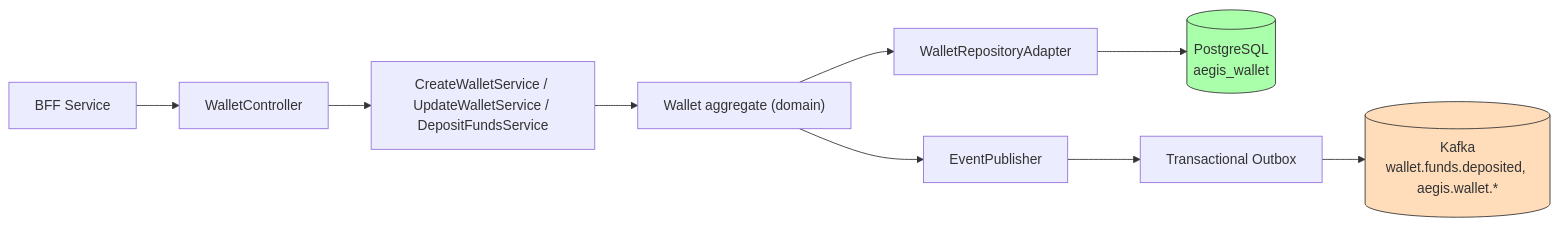
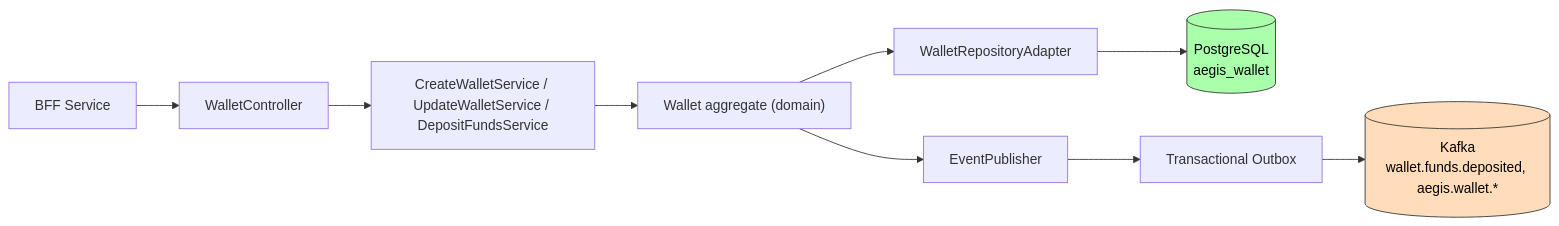
Before and after one commit to AlexAlvarezGallardo-GitHub/Aegis: the diagram in backend/aegis-wallet-service/README.md, drawn with Mermaid. The commit also changed 26 other files, not shown here.

Commit message:
docs(infra): add color to mermaid nodes for dark mode readability

````diff
--- a/backend/aegis-wallet-service/README.md
+++ b/backend/aegis-wallet-service/README.md
@@ -16,13 +16,13 @@
 ```mermaid
 graph LR
     BFF["BFF Service"] --> Ctrl["WalletController"]
     Ctrl --> Svc["CreateWalletService / UpdateWalletService / DepositFundsService"]
     Svc --> Wallet["Wallet aggregate (domain)"]
     Wallet --> Repo["WalletRepositoryAdapter"]
     Repo --> DB[("PostgreSQL<br/>aegis_wallet")]
     Wallet --> Event["EventPublisher"]
     Event --> Outbox["Transactional Outbox"]
     Outbox --> Kafka[("Kafka<br/>wallet.funds.deposited, aegis.wallet.*")]
-    style DB fill:#afa,stroke:#333
-    style Kafka fill:#fdb,stroke:#333
+    style DB fill:#afa,stroke:#333,color:#000
+    style Kafka fill:#fdb,stroke:#333,color:#000
 ```
````
